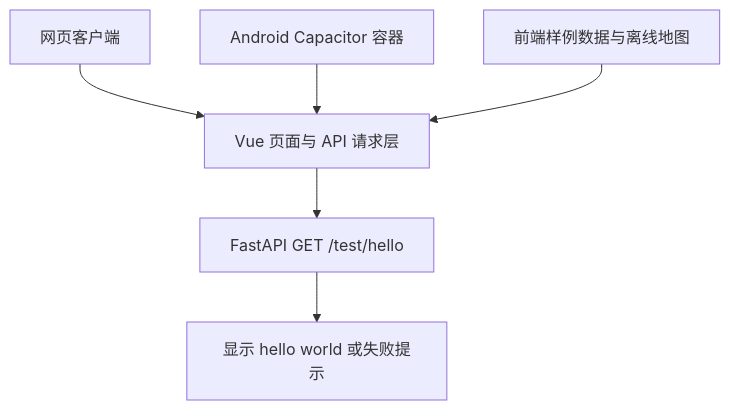
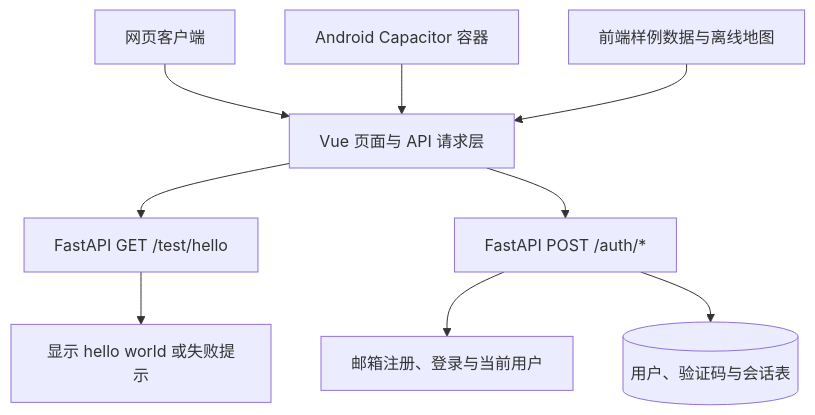
Before and after one commit to TomoriKaho/Livelife: the first of 2 diagrams in docs/architecture.md, drawn with Mermaid. The commit also changed other lines of this file and 19 other files, not shown here.

````diff
--- a/docs/architecture.md
+++ b/docs/architecture.md
@@ -37,8 +37,11 @@
 ```mermaid
 flowchart TD
     WEB[网页客户端] --> FRONT[Vue 页面与 API 请求层]
     ANDROID[Android Capacitor 容器] --> FRONT
     FIXTURE[前端样例数据与离线地图] --> FRONT
     FRONT --> HELLO[FastAPI GET /test/hello]
     HELLO --> RESULT[显示 hello world 或失败提示]
+    FRONT --> AUTH[FastAPI POST /auth/*]
+    AUTH --> ACCOUNT[邮箱注册、登录与当前用户]
+    AUTH --> DB[(用户、验证码与会话表)]
 ```
````
